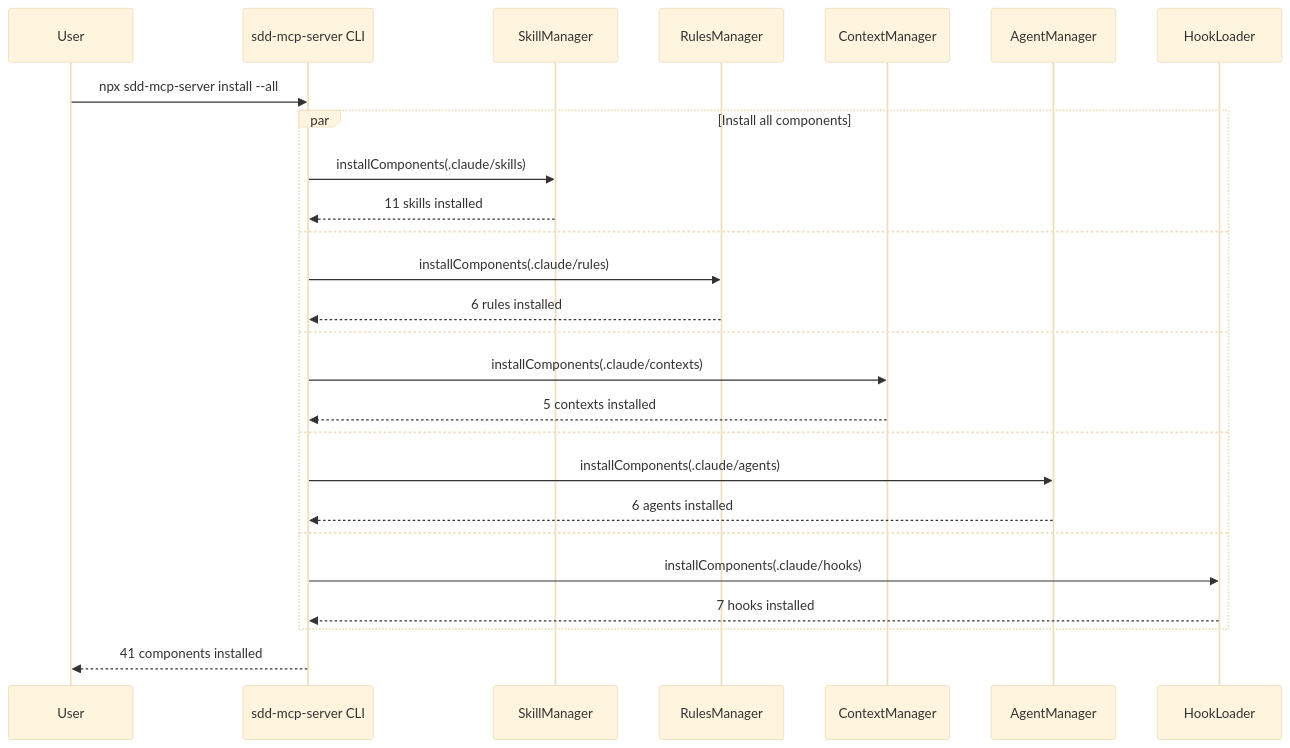
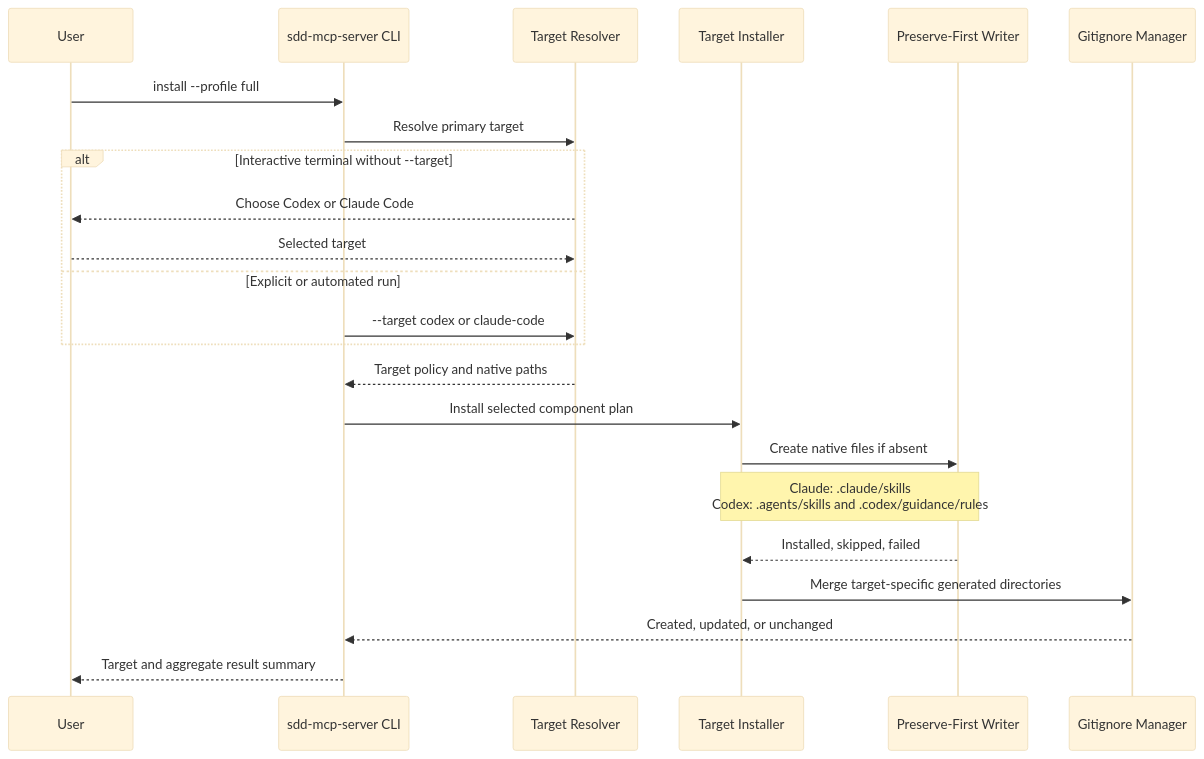
The fifth of 5 diagrams in docs/WORKFLOW.md (yi-john-huang/sdd-mcp), drawn with Mermaid (base theme) before and after one commit. The commit also changed other lines of this file and 22 other files, not shown here.

First line of the commit message:
feat(cli): update default agent model routing

````diff
--- a/docs/WORKFLOW.md
+++ b/docs/WORKFLOW.md
@@ -150,31 +152,26 @@
 ```mermaid
 sequenceDiagram
     participant User
     participant CLI as sdd-mcp-server CLI
-    participant SM as SkillManager
-    participant RM as RulesManager
-    participant CM as ContextManager
-    participant AM as AgentManager
-    participant HL as HookLoader
+    participant Resolver as Target Resolver
+    participant Strategy as Target Installer
+    participant Writer as Preserve-First Writer
+    participant Ignore as Gitignore Manager
 
-    User->>CLI: npx sdd-mcp-server install --all
-
-    par Install all components
-        CLI->>SM: installComponents(.claude/skills)
-        SM-->>CLI: 11 skills installed
-    and
-        CLI->>RM: installComponents(.claude/rules)
-        RM-->>CLI: 6 rules installed
-    and
-        CLI->>CM: installComponents(.claude/contexts)
-        CM-->>CLI: 5 contexts installed
-    and
-        CLI->>AM: installComponents(.claude/agents)
-        AM-->>CLI: 6 agents installed
-    and
-        CLI->>HL: installComponents(.claude/hooks)
-        HL-->>CLI: 7 hooks installed
+    User->>CLI: install --profile full
+    CLI->>Resolver: Resolve primary target
+    alt Interactive terminal without --target
+        Resolver-->>User: Choose Codex or Claude Code
+        User-->>Resolver: Selected target
+    else Explicit or automated run
+        CLI->>Resolver: --target codex or claude-code
     end
-
-    CLI-->>User: 41 components installed
+    Resolver-->>CLI: Target policy and native paths
+    CLI->>Strategy: Install selected component plan
+    Strategy->>Writer: Create native files if absent
+    Note over Strategy,Writer: Claude: .claude/skills<br/>Codex: .agents/skills and .codex/guidance/rules
+    Writer-->>Strategy: Installed, skipped, failed
+    Strategy->>Ignore: Merge target-specific generated directories
+    Ignore-->>CLI: Created, updated, or unchanged
+    CLI-->>User: Target and aggregate result summary
 ```
````
